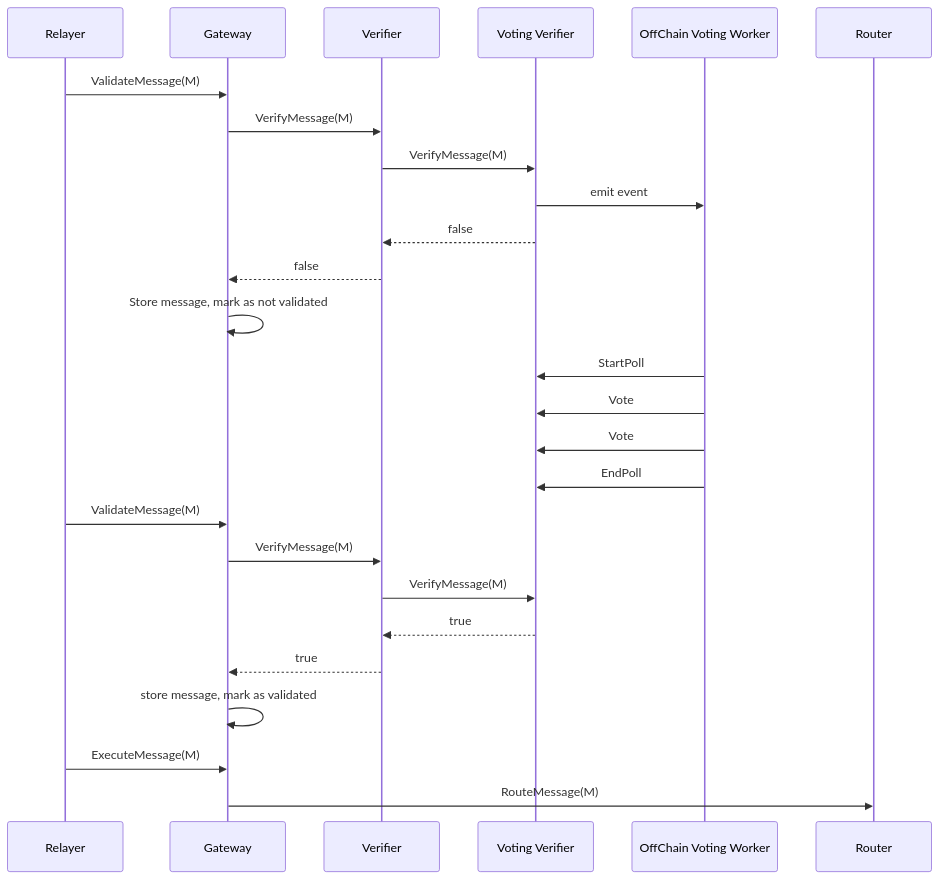
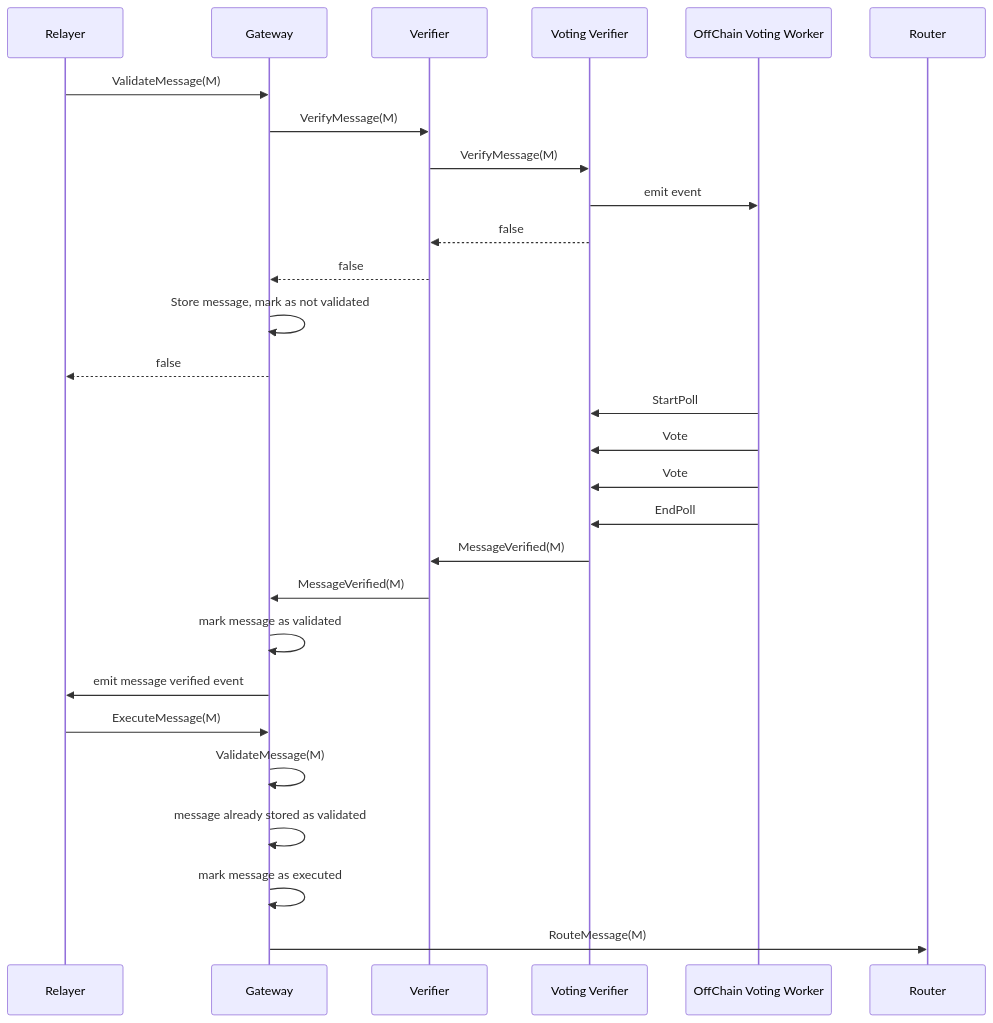
Before and after one commit to axelarnetwork/axelar-amplifier: the second of 18 diagrams in README.md, drawn with Mermaid. The commit also changed other lines of this file, not shown here.

````diff
--- a/README.md
+++ b/README.md
@@ -59,31 +59,33 @@
 ```mermaid
 sequenceDiagram
     participant Relayer
     participant Gateway
     participant Verifier
     participant Voting Verifier
     participant OffChain Voting Worker
     participant Router
     Relayer->>Gateway: ValidateMessage(M)
     Gateway->>Verifier: VerifyMessage(M)
     Verifier->>Voting Verifier: VerifyMessage(M)
     Voting Verifier->>OffChain Voting Worker: emit event
     Voting Verifier-->>Verifier: false
     Verifier-->>Gateway: false
     Gateway->>Gateway: Store message, mark as not validated
+    Gateway-->>Relayer: false
     OffChain Voting Worker->>Voting Verifier: StartPoll
     OffChain Voting Worker->>Voting Verifier: Vote
     OffChain Voting Worker->>Voting Verifier: Vote
     OffChain Voting Worker->>Voting Verifier: EndPoll
+    Voting Verifier->>Verifier: MessageVerified(M)
+    Verifier->>Gateway: MessageVerified(M)
+    Gateway->>Gateway: mark message as validated
+    Gateway->>Relayer: emit message verified event
 
 
-    Relayer->>Gateway: ValidateMessage(M)
-    Gateway->>Verifier: VerifyMessage(M)
-    Verifier->>Voting Verifier: VerifyMessage(M)
-    Voting Verifier-->>Verifier: true
-    Verifier-->>Gateway: true
-    Gateway->>Gateway: store message, mark as validated
 
     Relayer->>Gateway: ExecuteMessage(M)
+    Gateway->>Gateway: ValidateMessage(M)
+    Gateway->>Gateway: message already stored as validated
+    Gateway->>Gateway: mark message as executed
     Gateway->>Router: RouteMessage(M)
 ```
````
